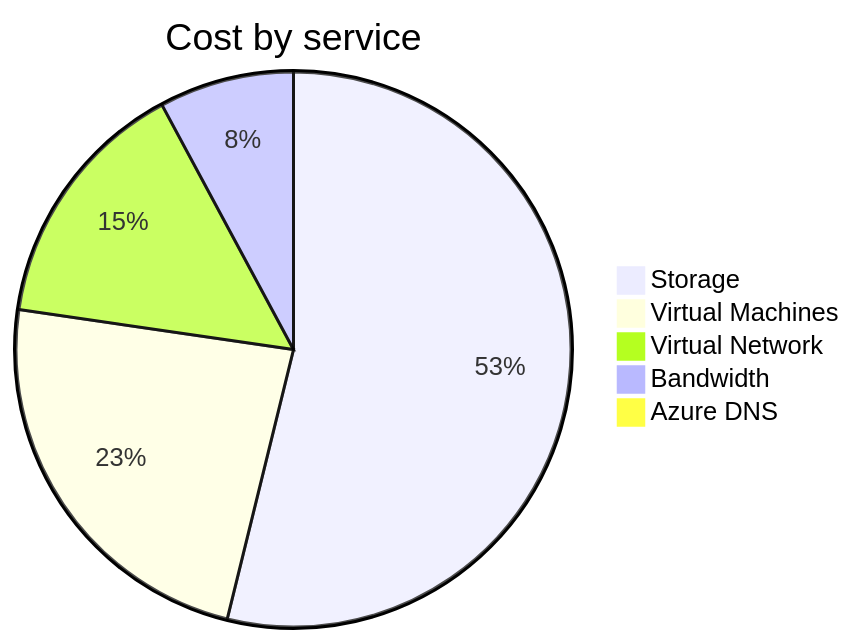
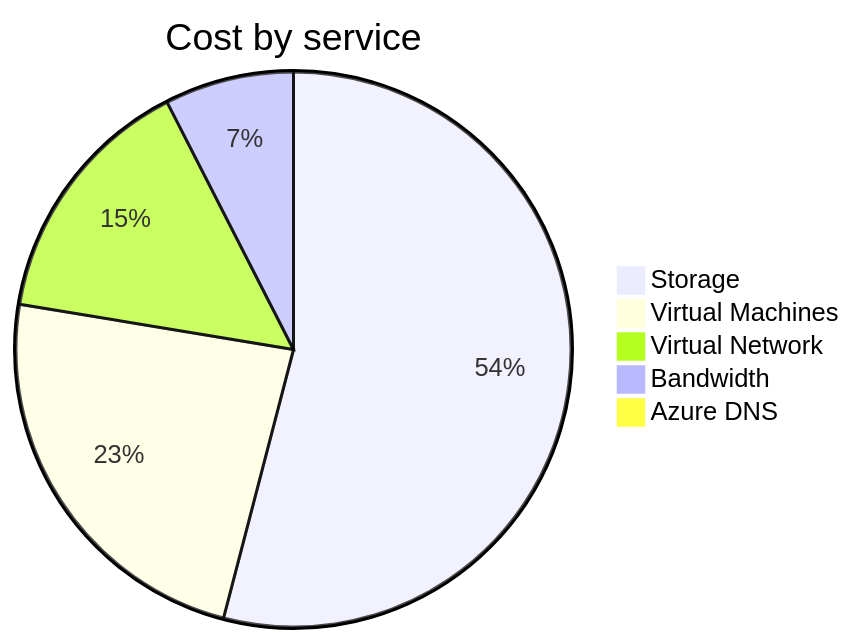
One commit to jpfulton/azure-personal-reports changed the second of 4 diagrams in cost-reports/personal-network/README.md. Above: the diagram before and after it, drawn with Mermaid. The commit also changed other lines of this file and 8 other files, not shown here.

````diff
--- a/cost-reports/personal-network/README.md
+++ b/cost-reports/personal-network/README.md
@@ -97,9 +97,9 @@
 ```mermaid
 pie
    title Cost by service
-   "Storage" : 18.24
-   "Virtual Machines" : 7.95
-   "Virtual Network" : 5.03
+   "Storage" : 19.12
+   "Virtual Machines" : 8.33
+   "Virtual Network" : 5.26
    "Bandwidth" : 2.66
-   "Azure DNS" : 0.34
+   "Azure DNS" : 0.35
 ```
````
